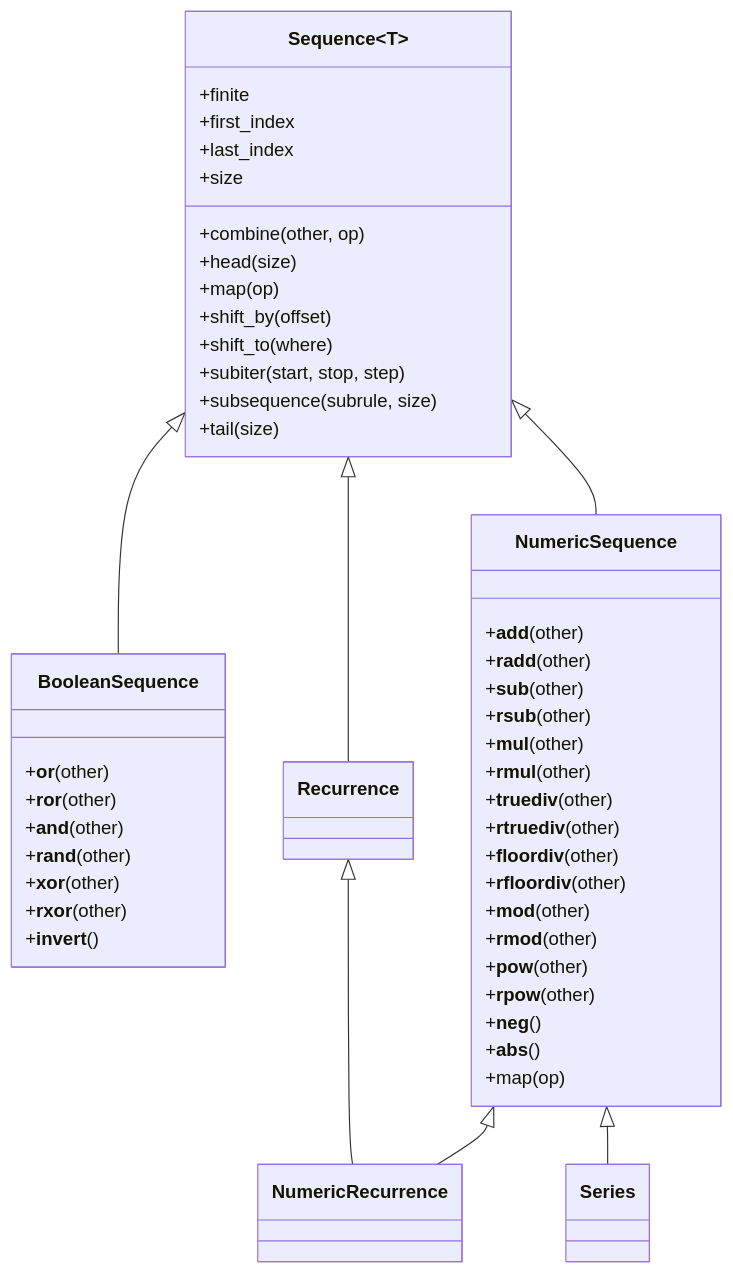
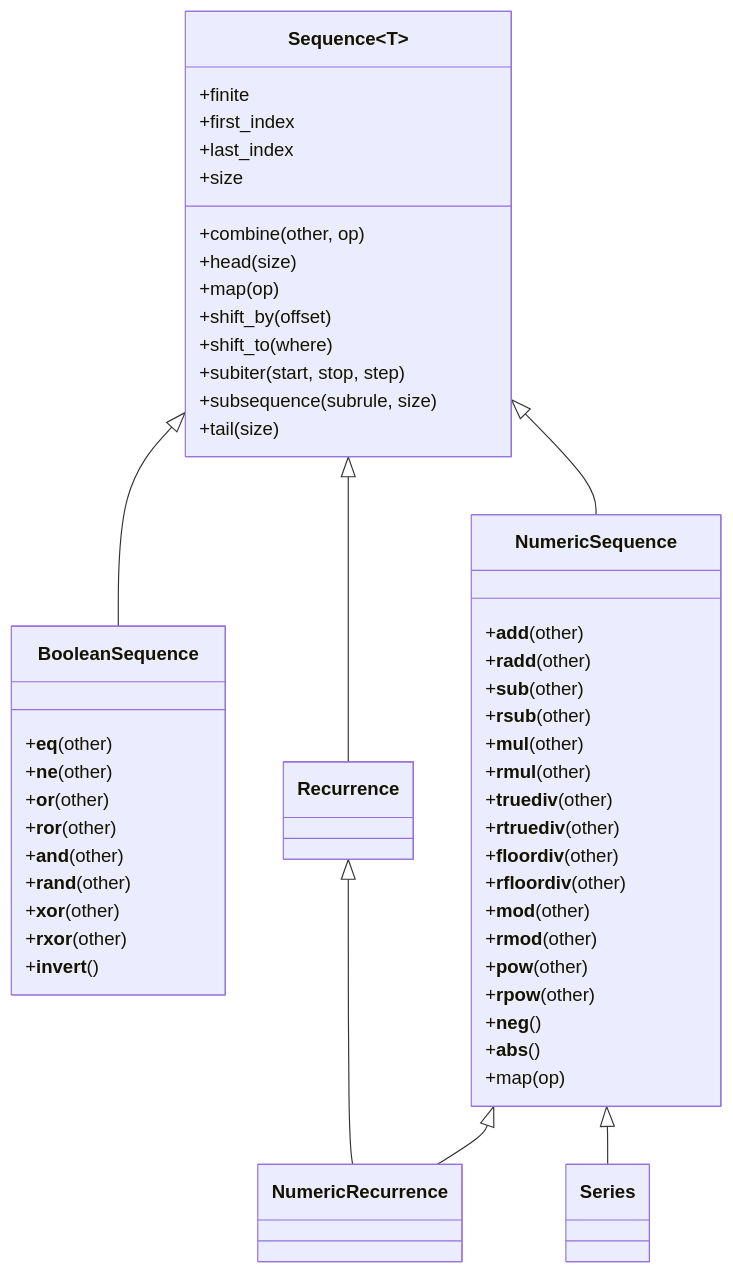
One commit to avikpln/calculus changed the diagram in ARCHITECTURE.md. Above: the diagram before and after it, drawn with Mermaid. The commit also changed 4 other files, not shown here.

First line of the commit message:
Add comparison operators to BooleanSequence

````diff
--- a/ARCHITECTURE.md
+++ b/ARCHITECTURE.md
@@ -8,63 +8,65 @@
 ```mermaid
 classDiagram
     class Sequence~T~ {
         %% Attributes
         +finite
         +first_index
         +last_index
         +size
 
         %% Methods
         +combine(other, op)
         +head(size)
         +map(op)
         +shift_by(offset)
         +shift_to(where)
         +subiter(start, stop, step)
         +subsequence(subrule, size)
         +tail(size)
     }
 
     class BooleanSequence {
         %% Methods
+		+__eq__(other)
+		+__ne__(other)
         +__or__(other)
         +__ror__(other)
         +__and__(other)
         +__rand__(other)
         +__xor__(other)
         +__rxor__(other)
         +__invert__()
     }
 
     class NumericSequence {
         %% Methods
         +__add__(other)
         +__radd__(other)
         +__sub__(other)
         +__rsub__(other)
         +__mul__(other)
         +__rmul__(other)
         +__truediv__(other)
         +__rtruediv__(other)
         +__floordiv__(other)
         +__rfloordiv__(other)
         +__mod__(other)
         +__rmod__(other)
         +__pow__(other)
         +__rpow__(other)
         +__neg__()
         +__abs__()
         +map(op)
     }
 
     Sequence <|-- BooleanSequence
 
     Sequence <|-- NumericSequence
 
     Sequence <|-- Recurrence
 
     NumericSequence <|-- NumericRecurrence
     Recurrence <|-- NumericRecurrence
 
     NumericSequence <|-- Series
 ```
````
